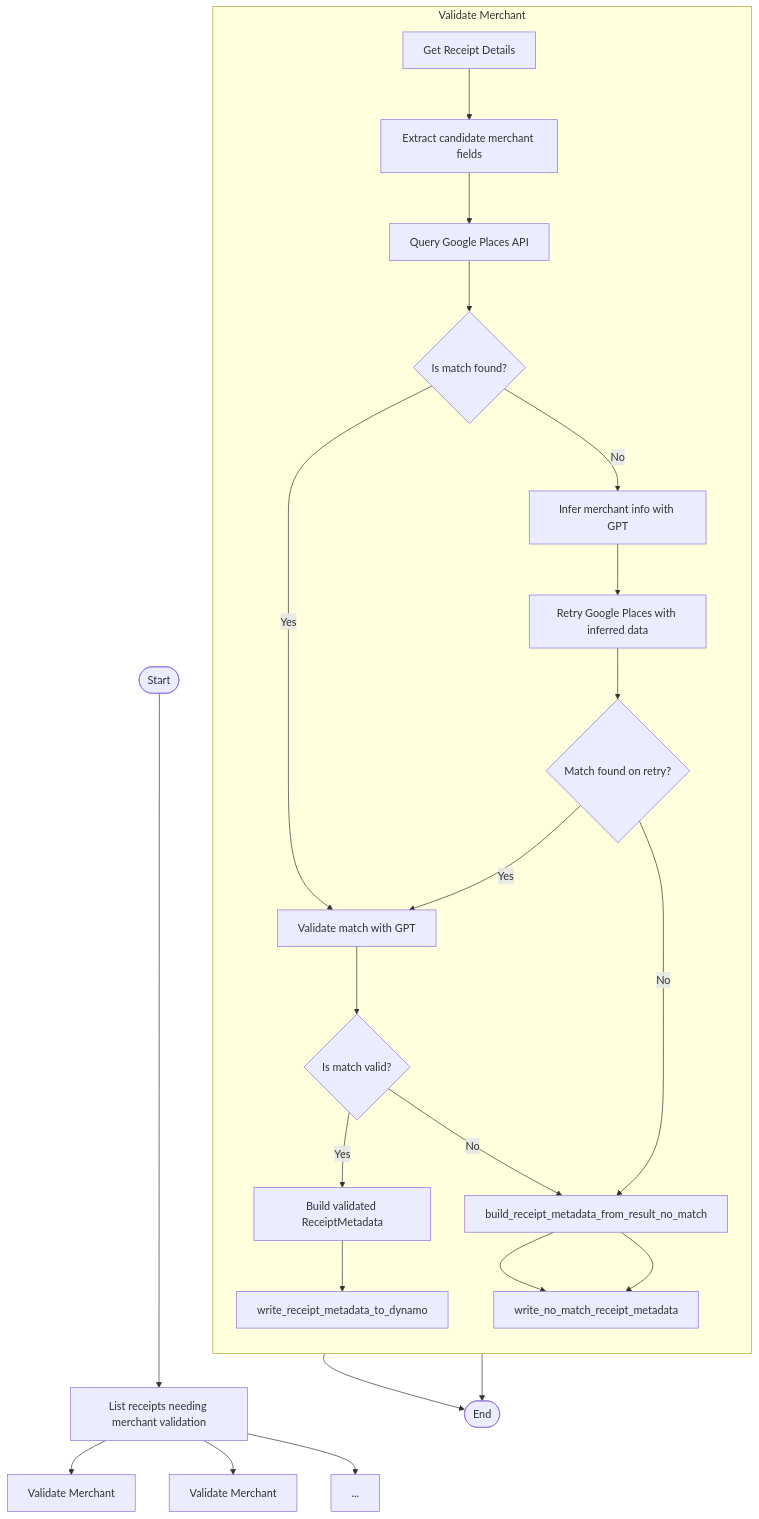
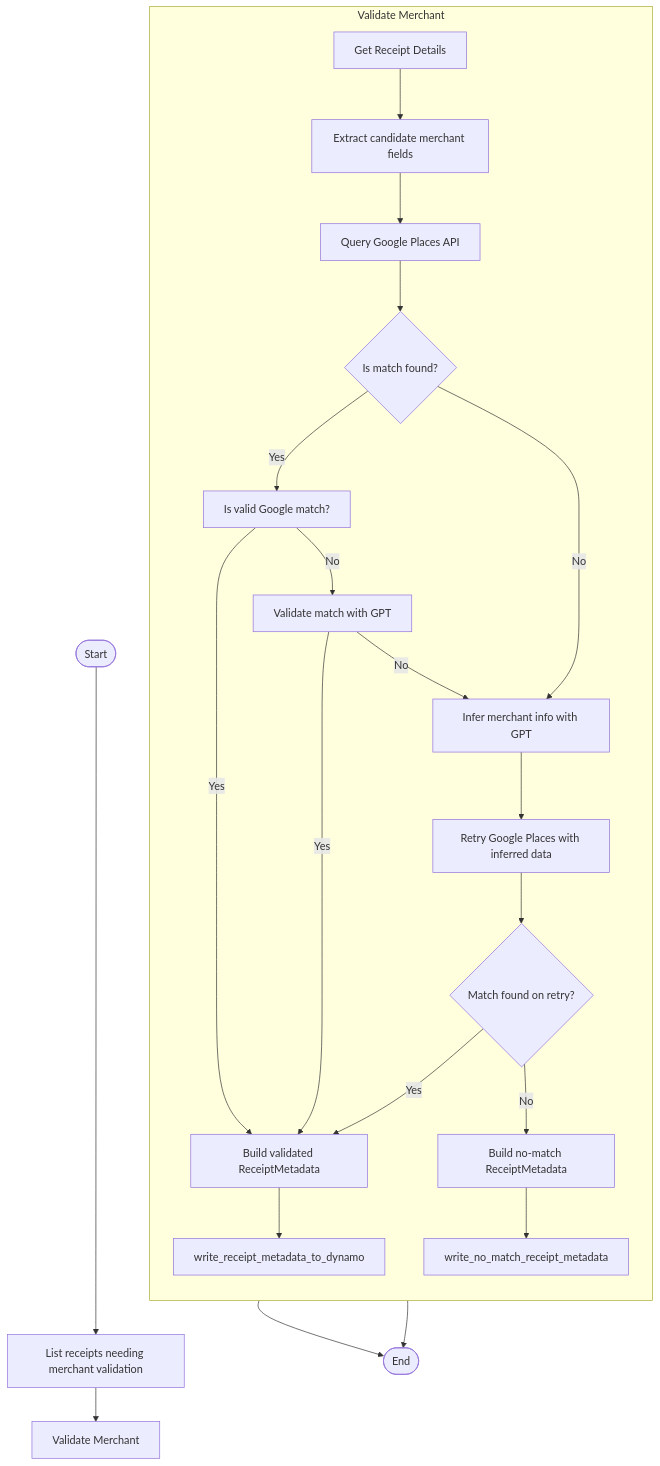
The diagram in receipt_label/receipt_label/merchant_validation/README.md (tnorlund/Portfolio), drawn with Mermaid before and after one commit. The commit also changed other lines of this file and 7 other files, not shown here.

Commit message:
🔨 Using ChatGPT to infer merchant details

````diff
--- a/receipt_label/receipt_label/merchant_validation/README.md
+++ b/receipt_label/receipt_label/merchant_validation/README.md
@@ -85,29 +71,27 @@
 ```mermaid
 flowchart TD
     Start([Start]) --> list_receipts["List receipts needing merchant validation"]
-    list_receipts --> ValidateMerchant0["Validate Merchant"]
-    list_receipts --> ValidateMerchant1["Validate Merchant"]
-    list_receipts --> ValidateMerchantEllipsis["..."]
-
+    list_receipts --> ValidateMerchant["Validate Merchant"]
 
     subgraph "Validate Merchant"
         direction TB
         get_receipt_details["Get Receipt Details"] --> extract_candidate_merchant_fields["Extract candidate merchant fields"]
         extract_candidate_merchant_fields --> query_google_places["Query Google Places API"]
         query_google_places --> IsMatchFound{"Is match found?"}
 
-        IsMatchFound -- Yes --> validate_match_with_gpt["Validate match with GPT"]
-        IsMatchFound -- No --> InferWithGPT["Infer merchant info with GPT"]
+        IsMatchFound -- Yes --> is_valid_google_match["Is valid Google match?"]
+        is_valid_google_match -- Yes --> build_receipt_metadata_from_result["Build validated ReceiptMetadata"] --> write_receipt_metadata_to_dynamo
+        is_valid_google_match -- No --> validate_match_with_gpt["Validate match with GPT"]
+        validate_match_with_gpt -- Yes --> build_receipt_metadata_from_result
+        validate_match_with_gpt -- No --> InferWithGPT["Infer merchant info with GPT"]
+
+        IsMatchFound -- No --> InferWithGPT
         InferWithGPT --> retry_google_search_with_inferred_data["Retry Google Places with inferred data"]
         retry_google_search_with_inferred_data --> IsRetryMatchFound{"Match found on retry?"}
-        IsRetryMatchFound -- Yes --> validate_match_with_gpt
-        IsRetryMatchFound -- No --> build_receipt_metadata_from_result_no_match --> write_no_match_receipt_metadata
-
-        validate_match_with_gpt --> IsValid{"Is match valid?"}
-        IsValid -- Yes --> build_receipt_metadata_from_result["Build validated ReceiptMetadata"] --> write_receipt_metadata_to_dynamo
-        IsValid -- No --> build_receipt_metadata_from_result_no_match --> write_no_match_receipt_metadata
+        IsRetryMatchFound -- Yes --> build_receipt_metadata_from_result
+        IsRetryMatchFound -- No --> build_receipt_metadata_from_result_no_match["Build no-match ReceiptMetadata"] --> write_no_match_receipt_metadata
     end
 
+    write_receipt_metadata_to_dynamo --> End([End])
     write_no_match_receipt_metadata --> End([End])
-    write_receipt_metadata_to_dynamo --> End([End])
 ```
````
